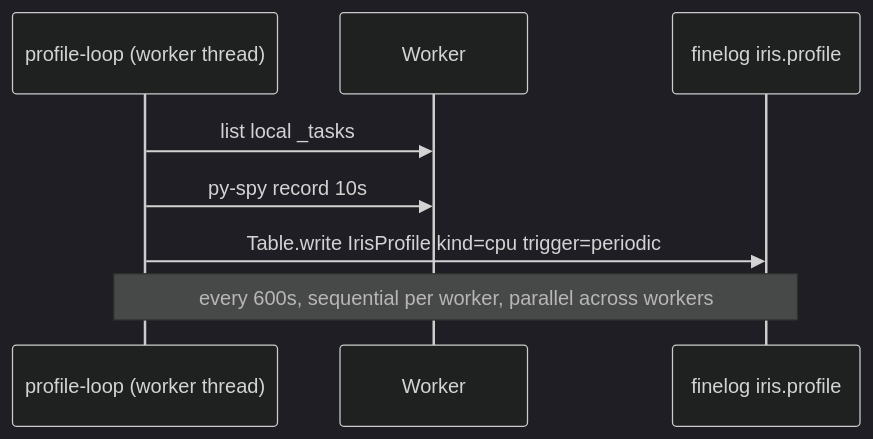
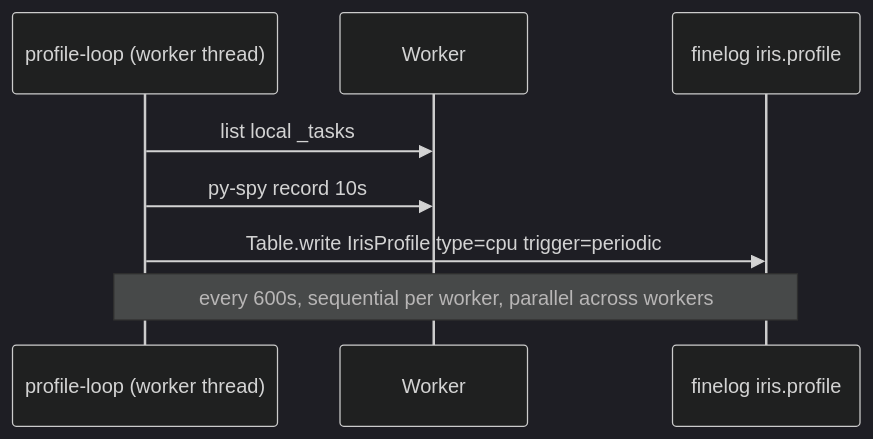
Before and after one commit to nevillelyh/marin: the second of 6 diagrams in .agents/projects/iris_profile_to_finelog/design.md, drawn with Mermaid (dark theme). The commit also changed other lines of this file and 31 other files, not shown here.

First line of the commit message:
[iris] move profile collection to finelog (iris.profile) (#5583)

````diff
--- a/.agents/projects/iris_profile_to_finelog/design.md
+++ b/.agents/projects/iris_profile_to_finelog/design.md
@@ -39,10 +39,10 @@
 ```mermaid
 sequenceDiagram
     participant PLOOP as profile-loop (worker thread)
     participant W as Worker
     participant FL as finelog iris.profile
     PLOOP->>W: list local _tasks
     PLOOP->>W: py-spy record 10s
-    PLOOP->>FL: Table.write IrisProfile kind=cpu trigger=periodic
+    PLOOP->>FL: Table.write IrisProfile type=cpu trigger=periodic
     Note over PLOOP,FL: every 600s, sequential per worker, parallel across workers
 ```
````
